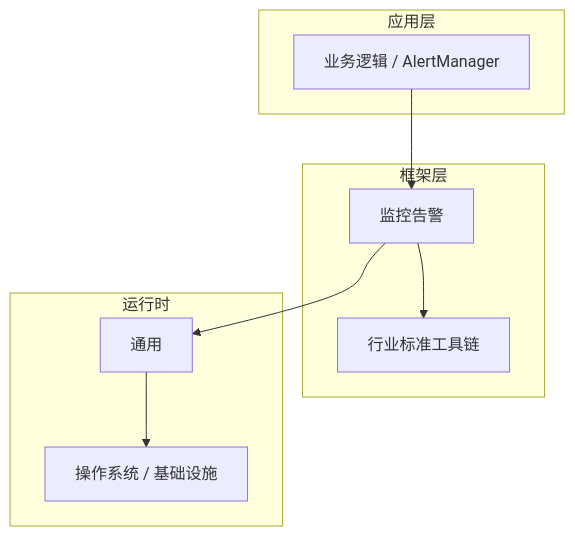
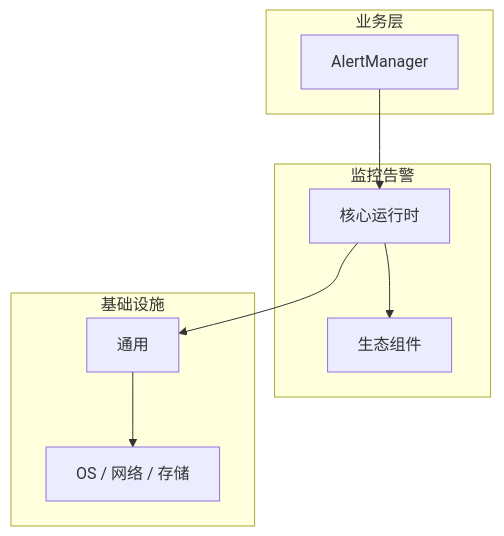
One commit to yanggan2015/knowledge-json-v2 changed the diagram in articles/监控告警/chapters/037-AlertManager核心概念与原理.md. Above: the diagram before and after it, drawn with Mermaid. The commit also changed other lines of this file and 10127 other files, not shown here.

````diff
--- a/articles/监控告警/chapters/037-AlertManager核心概念与原理.md
+++ b/articles/监控告警/chapters/037-AlertManager核心概念与原理.md
@@ -45,18 +34,18 @@
 ```mermaid
 graph TB
-    subgraph 应用层
-        A[业务逻辑 / AlertManager]
+    subgraph 业务层
+        A[AlertManager]
     end
-    subgraph 框架层
-        B[监控告警]
-        C[行业标准工具链]
+    subgraph 监控告警
+        B[核心运行时]
+        C[生态组件]
     end
-    subgraph 运行时
+    subgraph 基础设施
         D[通用]
-        E[操作系统 / 基础设施]
+        E[OS / 网络 / 存储]
     end
     A --> B
     B --> C
     B --> D
     D --> E
 ```
````
